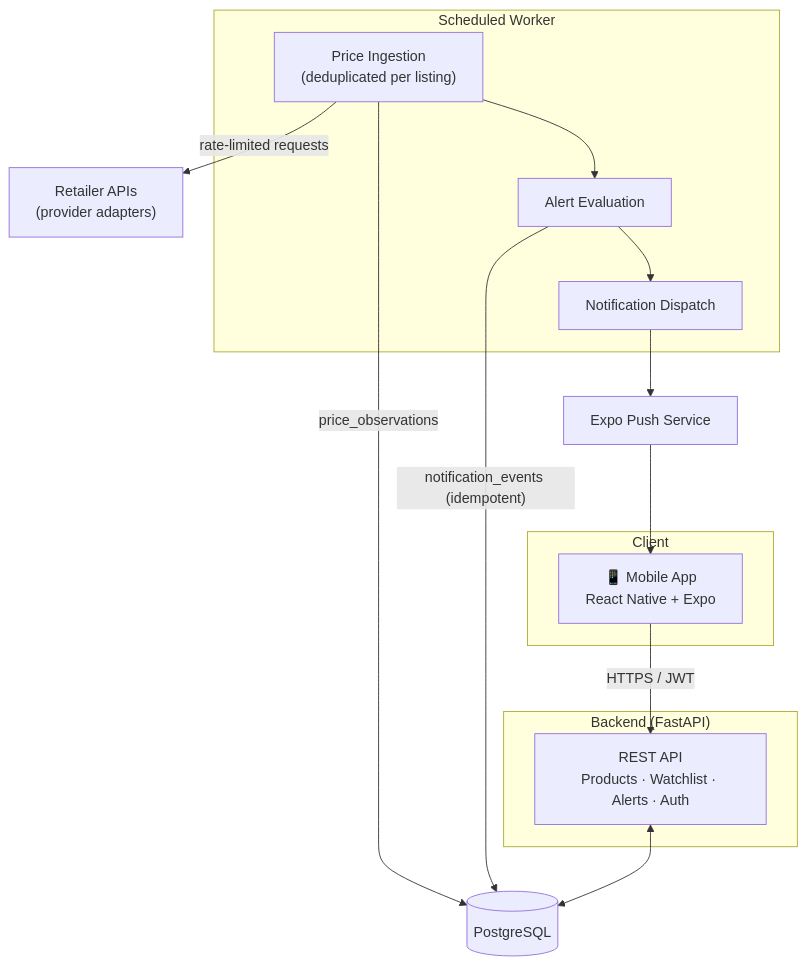
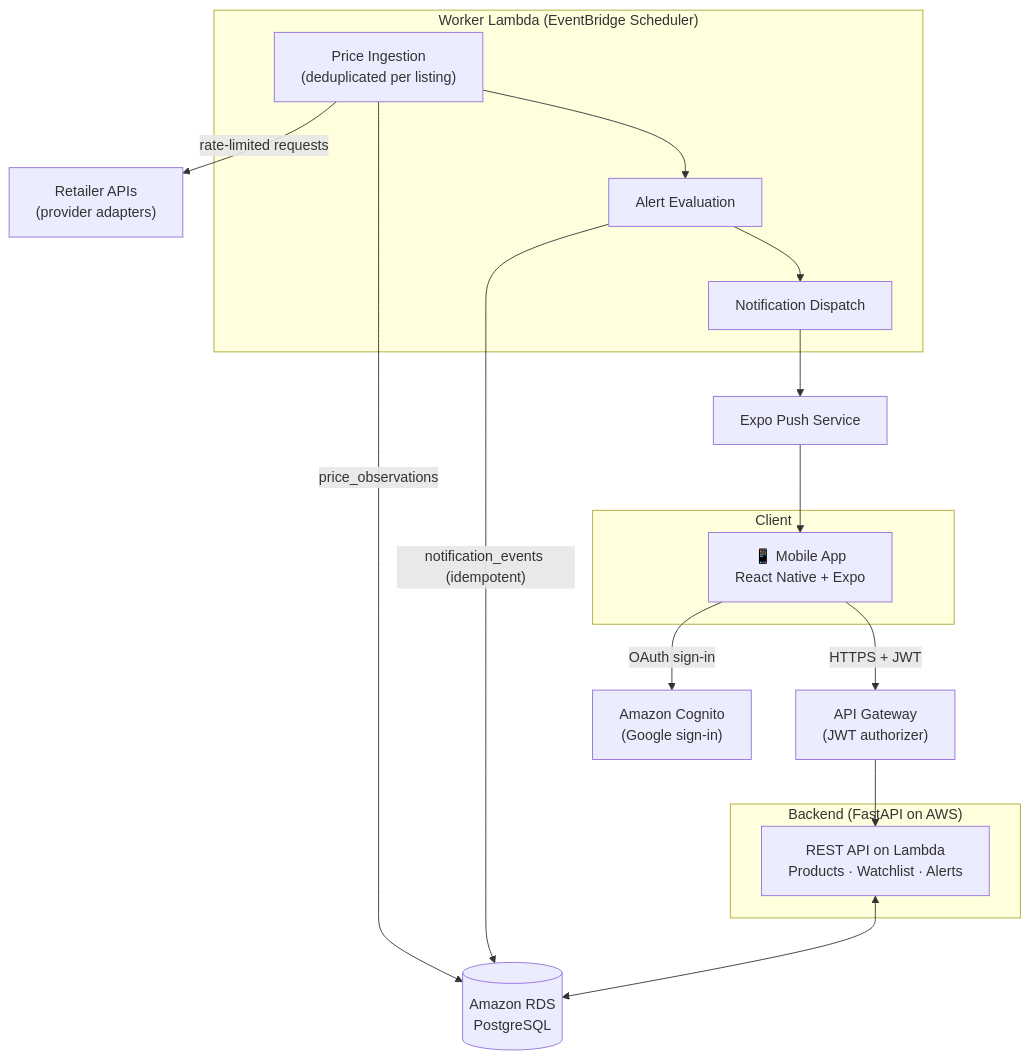
The first of 2 diagrams in README.md (madalynkeyes/tagvello), drawn with Mermaid before and after one commit. The commit also changed other lines of this file, not shown here.

First line of the commit message:
Switch planned stack to AWS serverless with Cognito OAuth

````diff
--- a/README.md
+++ b/README.md
@@ -66,29 +67,30 @@
 ```mermaid
 flowchart TD
     subgraph Client
         APP["📱 Mobile App<br/>React Native + Expo"]
     end
 
-    subgraph Backend["Backend (FastAPI)"]
-        API["REST API<br/>Products · Watchlist · Alerts · Auth"]
+    subgraph Backend["Backend (FastAPI on AWS)"]
+        API["REST API on Lambda<br/>Products · Watchlist · Alerts"]
     end
 
-    subgraph Jobs["Scheduled Worker"]
+    subgraph Jobs["Worker Lambda (EventBridge Scheduler)"]
         ING["Price Ingestion<br/>(deduplicated per listing)"]
         EVAL["Alert Evaluation"]
         NOTIF["Notification Dispatch"]
     end
 
-    DB[("PostgreSQL")]
+    DB[("Amazon RDS<br/>PostgreSQL")]
     SRC["Retailer APIs<br/>(provider adapters)"]
     PUSH["Expo Push Service"]
 
-    APP -- "HTTPS / JWT" --> API
+    APP -- "OAuth sign-in" --> COG["Amazon Cognito<br/>(Google sign-in)"]
+    APP -- "HTTPS + JWT" --> GW["API Gateway<br/>(JWT authorizer)"] --> API
     API <--> DB
     ING -- "rate-limited requests" --> SRC
     ING -- "price_observations" --> DB
     ING --> EVAL
     EVAL -- "notification_events (idempotent)" --> DB
     EVAL --> NOTIF
     NOTIF --> PUSH --> APP
 ```
````
